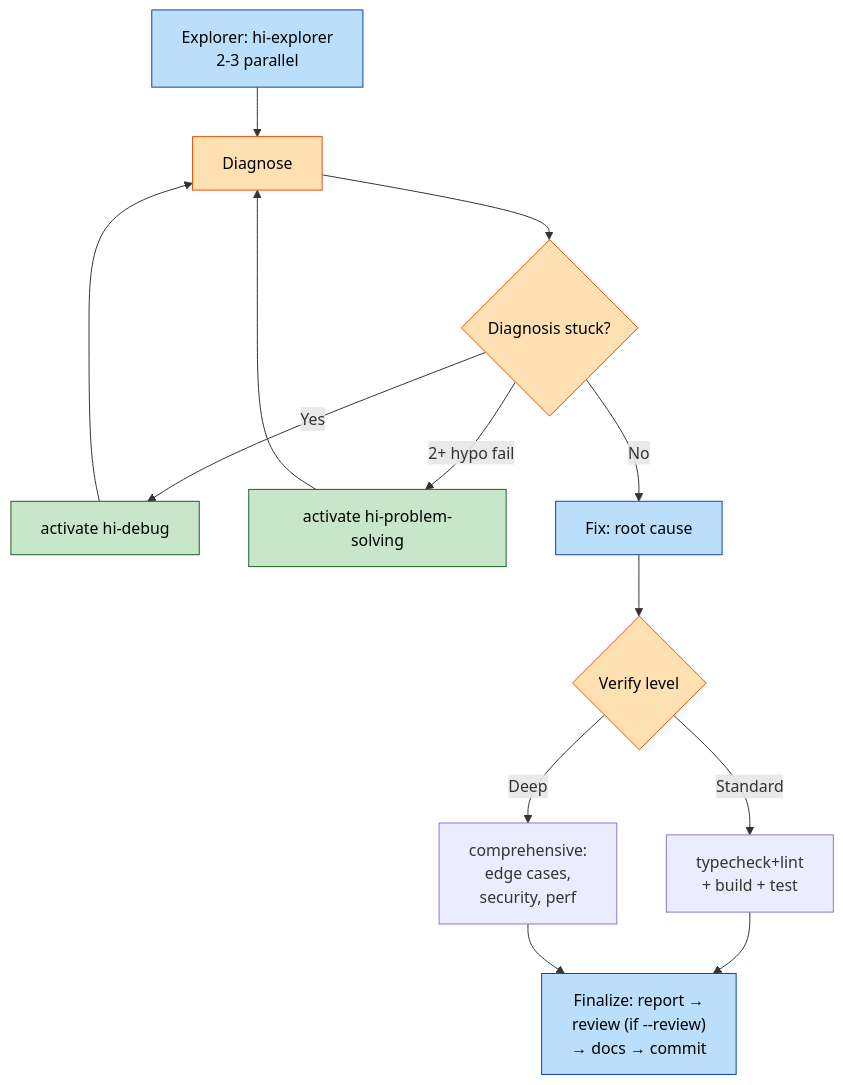
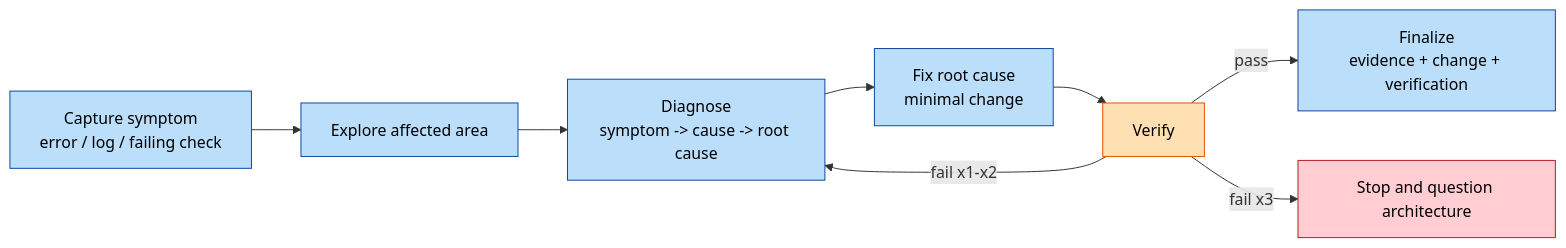
Before and after one commit to baka3k/dev-kit: the second of 4 diagrams in README.md, drawn with Mermaid. The commit also changed other lines of this file, not shown here.

````diff
--- a/README.md
+++ b/README.md
@@ -372,30 +333,17 @@
 ```mermaid
-graph TD
-    A["Explorer: hi-explorer<br/>2-3 parallel"] --> B["Diagnose"]
-
-    B --> B1{"Diagnosis stuck?"}
-
-    B1 -->|Yes| B2["activate hi-debug"]
-    B1 -->|"2+ hypo fail"| B3["activate hi-problem-solving"]
-    B1 -->|No| C
-
-    B2 --> B
-    B3 --> B
-
-    C["Fix: root cause"] --> D{"Verify level"}
-
-    D -->|Standard| D1["typecheck+lint<br/>+ build + test"]
-    D -->|Deep| D2["comprehensive:<br/>edge cases,<br/>security, perf"]
-
-    D1 --> E["Finalize: report →<br/>review (if --review)<br/>→ docs → commit"]
-    D2 --> E
+graph LR
+    A["Capture symptom<br/>error / log / failing check"] --> B["Explore affected area"]
+    B --> C["Diagnose<br/>symptom -> cause -> root cause"]
+    C --> D["Fix root cause<br/>minimal change"]
+    D --> E["Verify"]
+    E -->|pass| F["Finalize<br/>evidence + change + verification"]
+    E -->|fail x1-x2| C
+    E -->|fail x3| G["Stop and question architecture"]
 
     classDef step fill:#bbdefb,stroke:#0d47a1,color:#000
-    classDef skill fill:#c8e6c9,stroke:#1b5e20,color:#000
     classDef gate fill:#ffe0b2,stroke:#e65100,color:#000
-
-    class A,C,E step
-    class B2,B3 skill
-    class B,B1,D gate
-
+    classDef fail fill:#ffcdd2,stroke:#b71c1c,color:#000
+    class A,B,C,D,F step
+    class E gate
+    class G fail
 ```
````
